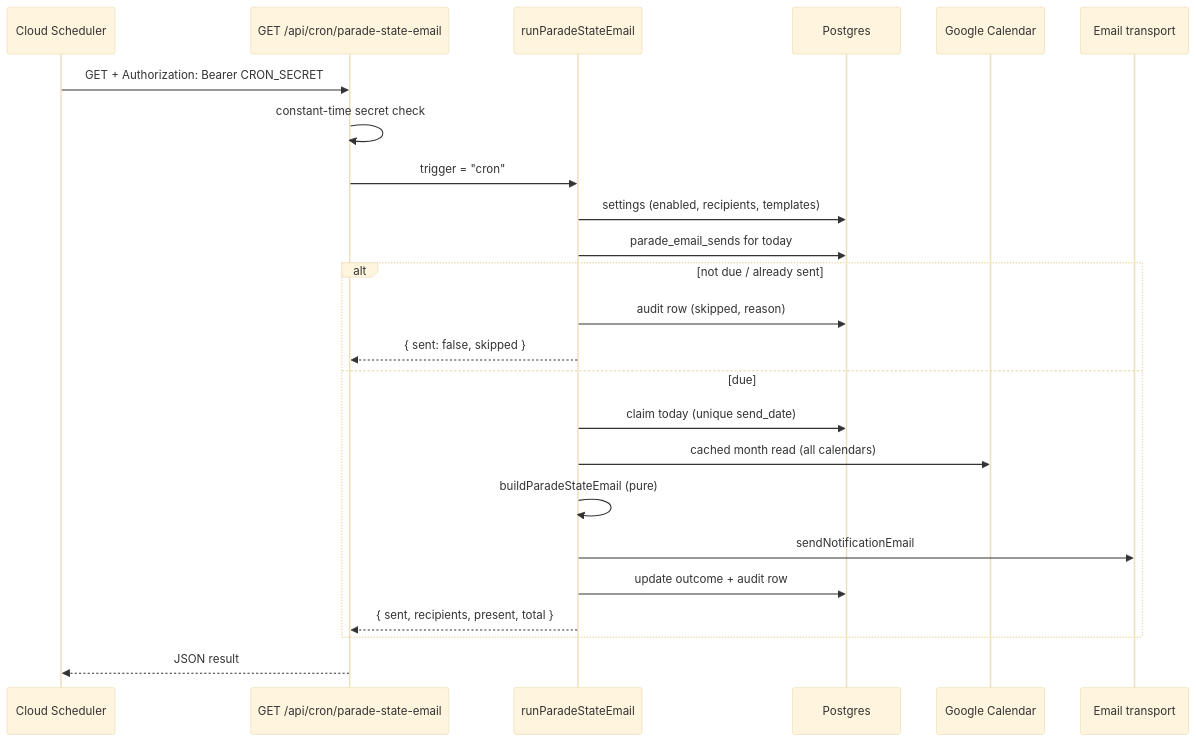
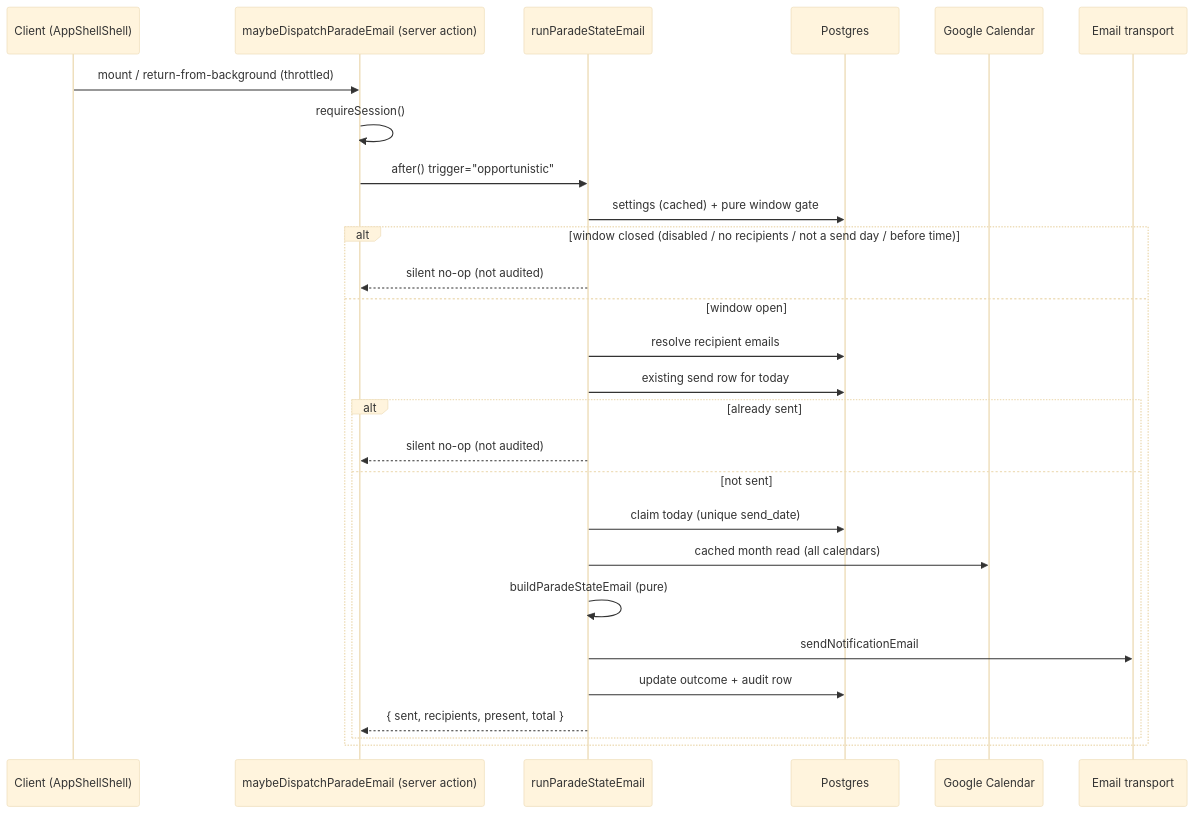
One commit to oncloudnintynineone-source/cloudy2 changed the first of 2 diagrams in docs/parade-state-email.md. Above: the diagram before and after it, drawn with Mermaid (base theme). The commit also changed other lines of this file and 26 other files, not shown here.

````diff
--- a/docs/parade-state-email.md
+++ b/docs/parade-state-email.md
@@ -22,26 +26,29 @@
 ```mermaid
 sequenceDiagram
- participant S as Cloud Scheduler
- participant R as GET /api/cron/parade-state-email
- participant D as runParadeStateEmail
- participant DB as Postgres
- participant G as Google Calendar
- participant M as Email transport
- S->>R: GET + Authorization: Bearer CRON_SECRET
- R->>R: constant-time secret check
- R->>D: trigger = "cron"
- D->>DB: settings (enabled, recipients, templates)
- D->>DB: parade_email_sends for today
- alt not due / already sent
-  D->>DB: audit row (skipped, reason)
-  D-->>R: { sent: false, skipped }
- else due
-  D->>DB: claim today (unique send_date)
-  D->>G: cached month read (all calendars)
-  D->>D: buildParadeStateEmail (pure)
-  D->>M: sendNotificationEmail
-  D->>DB: update outcome + audit row
-  D-->>R: { sent, recipients, present, total }
- end
- R-->>S: JSON result
+  participant C as Client (AppShellShell)
+  participant A as maybeDispatchParadeEmail (server action)
+  participant D as runParadeStateEmail
+  participant DB as Postgres
+  participant G as Google Calendar
+  participant M as Email transport
+  C->>A: mount / return-from-background (throttled)
+  A->>A: requireSession()
+  A->>D: after() trigger="opportunistic"
+  D->>DB: settings (cached) + pure window gate
+  alt window closed (disabled / no recipients / not a send day / before time)
+   D-->>A: silent no-op (not audited)
+  else window open
+   D->>DB: resolve recipient emails
+   D->>DB: existing send row for today
+   alt already sent
+    D-->>A: silent no-op (not audited)
+   else not sent
+    D->>DB: claim today (unique send_date)
+    D->>G: cached month read (all calendars)
+    D->>D: buildParadeStateEmail (pure)
+    D->>M: sendNotificationEmail
+    D->>DB: update outcome + audit row
+    D-->>A: { sent, recipients, present, total }
+   end
+  end
 ```
````
